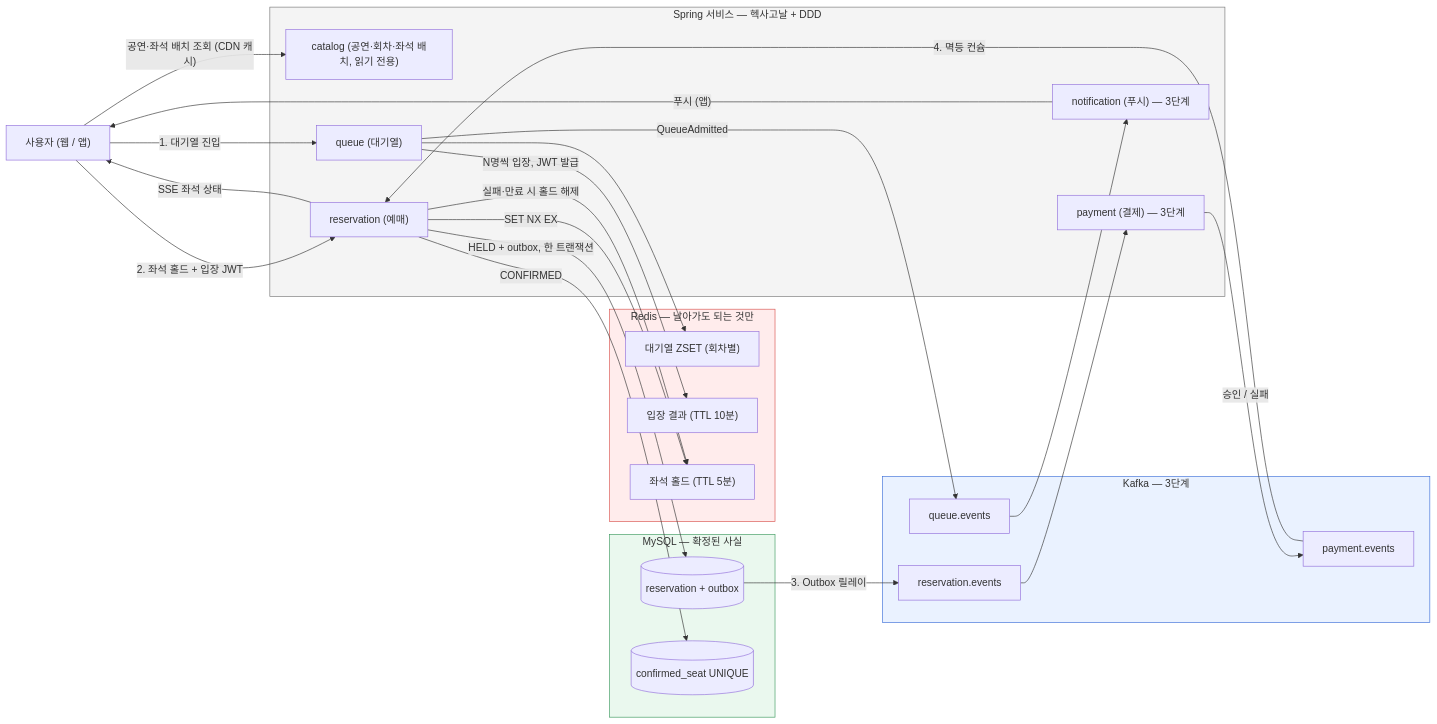
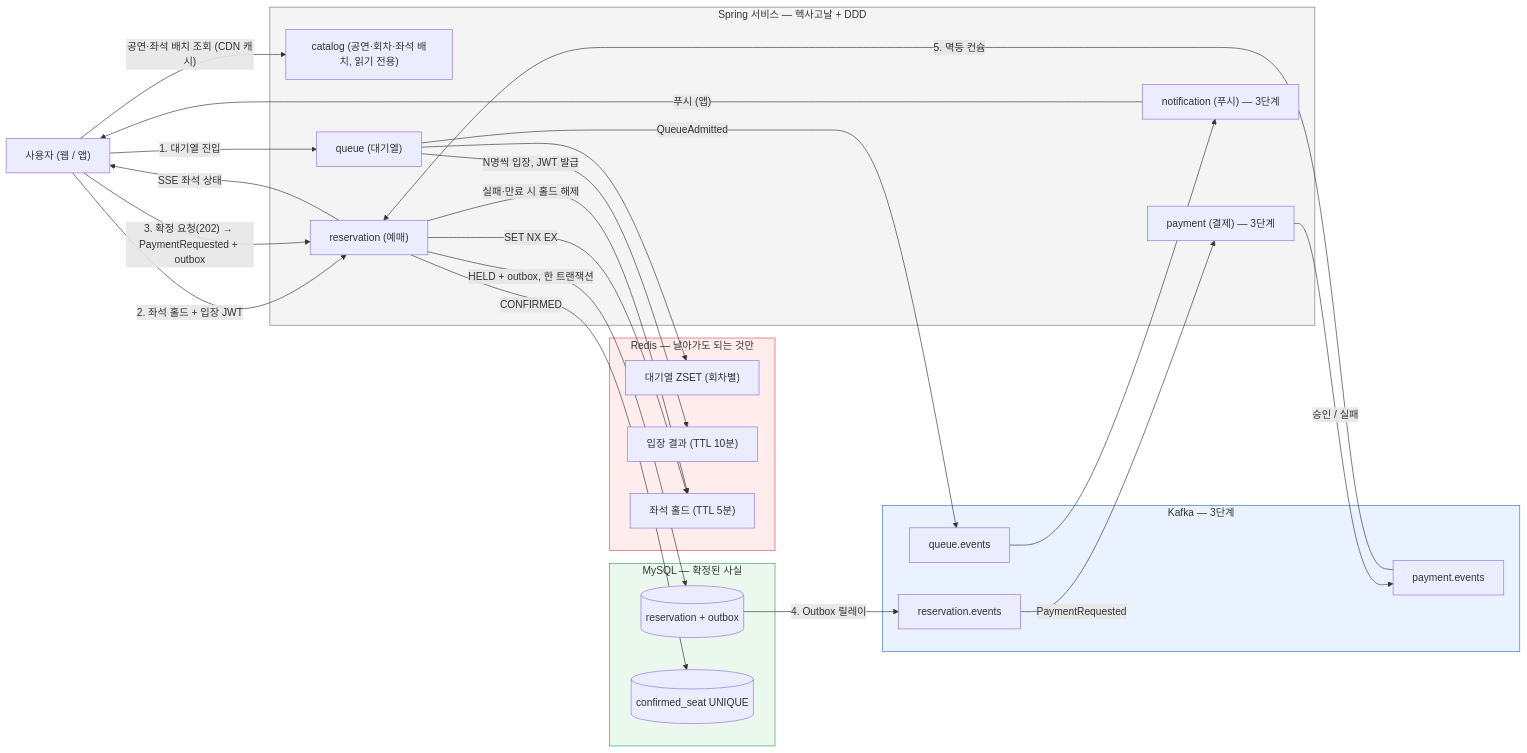
The first of 2 diagrams in docs/ARCHITECTURE.md (YongjaeKwon/ticket-rush), drawn with Mermaid before and after one commit. The commit also changed other lines of this file and 3 other files, not shown here.

First line of the commit message:
docs: ADR 0008 — 결제 트리거는 확정 요청이 발행하는 PaymentRequested

````diff
--- a/docs/ARCHITECTURE.md
+++ b/docs/ARCHITECTURE.md
@@ -53,52 +53,53 @@
 ```mermaid
 flowchart LR
   U["사용자 (웹 / 앱)"]
 
   subgraph svc["Spring 서비스 — 헥사고날 + DDD"]
     C["catalog (공연·회차·좌석 배치, 읽기 전용)"]
     Q["queue (대기열)"]
     R["reservation (예매)"]
     P["payment (결제) — 3단계"]
     N["notification (푸시) — 3단계"]
   end
 
   subgraph redis["Redis — 날아가도 되는 것만"]
     R1["대기열 ZSET (회차별)"]
     R2["입장 결과 (TTL 10분)"]
     R3["좌석 홀드 (TTL 5분)"]
   end
 
   subgraph db["MySQL — 확정된 사실"]
     D1[("reservation + outbox")]
     D2[("confirmed_seat UNIQUE")]
   end
 
   subgraph kafka["Kafka — 3단계"]
     K1["reservation.events"]
     K2["payment.events"]
     K3["queue.events"]
   end
 
   U -->|"공연·좌석 배치 조회 (CDN 캐시)"| C
   U -->|"1. 대기열 진입"| Q
   Q --> R1
   Q -->|"N명씩 입장, JWT 발급"| R2
   Q -->|"QueueAdmitted"| K3
   K3 --> N
   N -->|"푸시 (앱)"| U
   U -->|"2. 좌석 홀드 + 입장 JWT"| R
   R -->|"SET NX EX"| R3
   R -->|"HELD + outbox, 한 트랜잭션"| D1
-  D1 -->|"3. Outbox 릴레이"| K1
-  K1 --> P
+  U -->|"3. 확정 요청(202) → PaymentRequested + outbox"| R
+  D1 -->|"4. Outbox 릴레이"| K1
+  K1 -->|"PaymentRequested"| P
   P -->|"승인 / 실패"| K2
-  K2 -->|"4. 멱등 컨슘"| R
+  K2 -->|"5. 멱등 컨슘"| R
   R -->|"CONFIRMED"| D2
   R -->|"실패·만료 시 홀드 해제"| R3
   R -->|"SSE 좌석 상태"| U
 
   style redis fill:#FFECEC,stroke:#D9534F
   style kafka fill:#EAF2FF,stroke:#3B6FD9
   style db fill:#EAF8EE,stroke:#3C9A5F
   style svc fill:#F4F4F4,stroke:#777777
 ```
````
